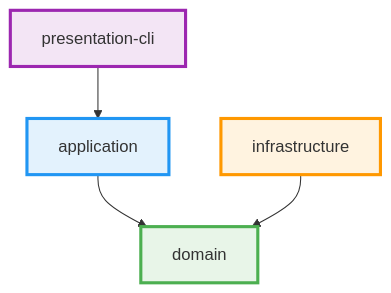
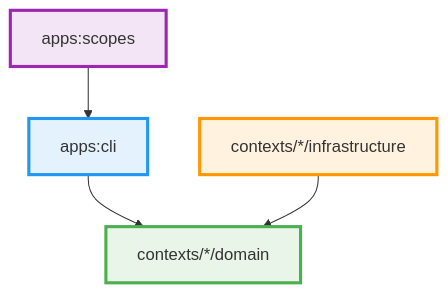
One commit to kamiazya/scopes changed the diagram in docs/guides/development-guidelines.md. Above: the diagram before and after it, drawn with Mermaid. The commit also changed other lines of this file and 416 other files, not shown here.

First line of the commit message:
refactor: Consolidate bounded contexts and modernize architecture (#53)

````diff
--- a/docs/guides/development-guidelines.md
+++ b/docs/guides/development-guidelines.md
@@ -21,21 +21,21 @@
 ```mermaid
 flowchart TD
-        CLI[presentation-cli]
-        APP[application]
-        DOM[domain]
-        INF[infrastructure]
+        CLI[apps:scopes]
+        APP[apps:cli]
+        DOM[contexts/*/domain]
+        INF[contexts/*/infrastructure]
 
         CLI --> APP
         APP --> DOM
         INF --> DOM
 
         classDef domain fill:#e8f5e8,stroke:#4caf50,stroke-width:3px
         classDef application fill:#e3f2fd,stroke:#2196f3,stroke-width:3px
         classDef infrastructure fill:#fff3e0,stroke:#ff9800,stroke-width:3px
         classDef presentation fill:#f3e5f5,stroke:#9c27b0,stroke-width:3px
 
         class DOM domain
         class APP application
         class INF infrastructure
         class CLI presentation
 ```
````
